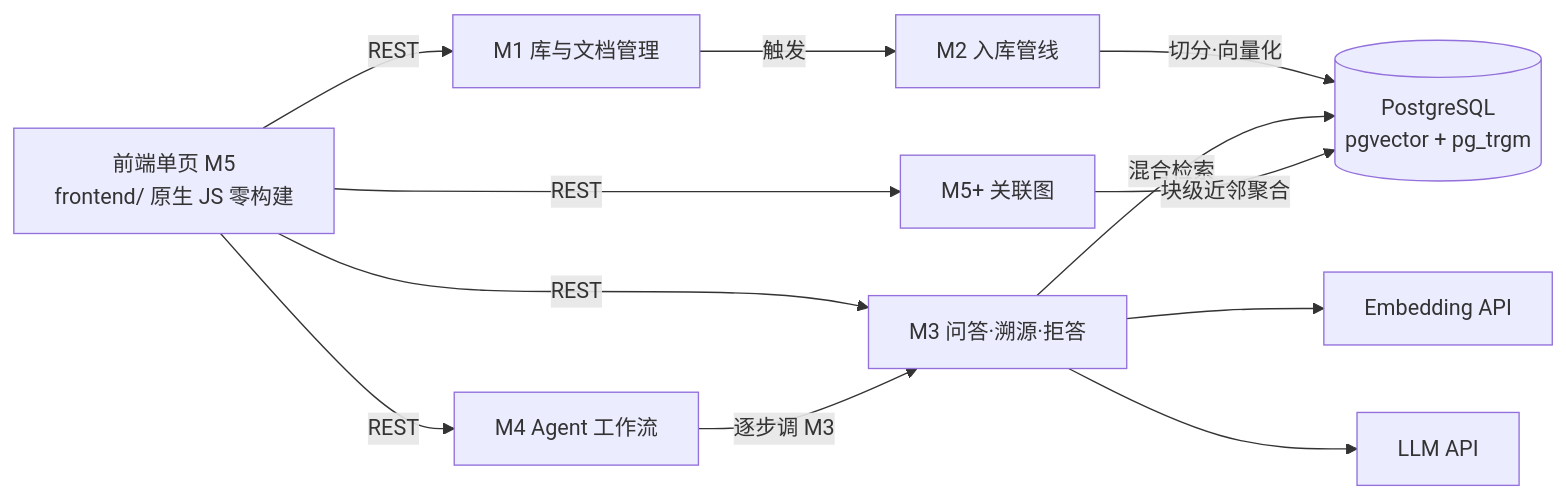
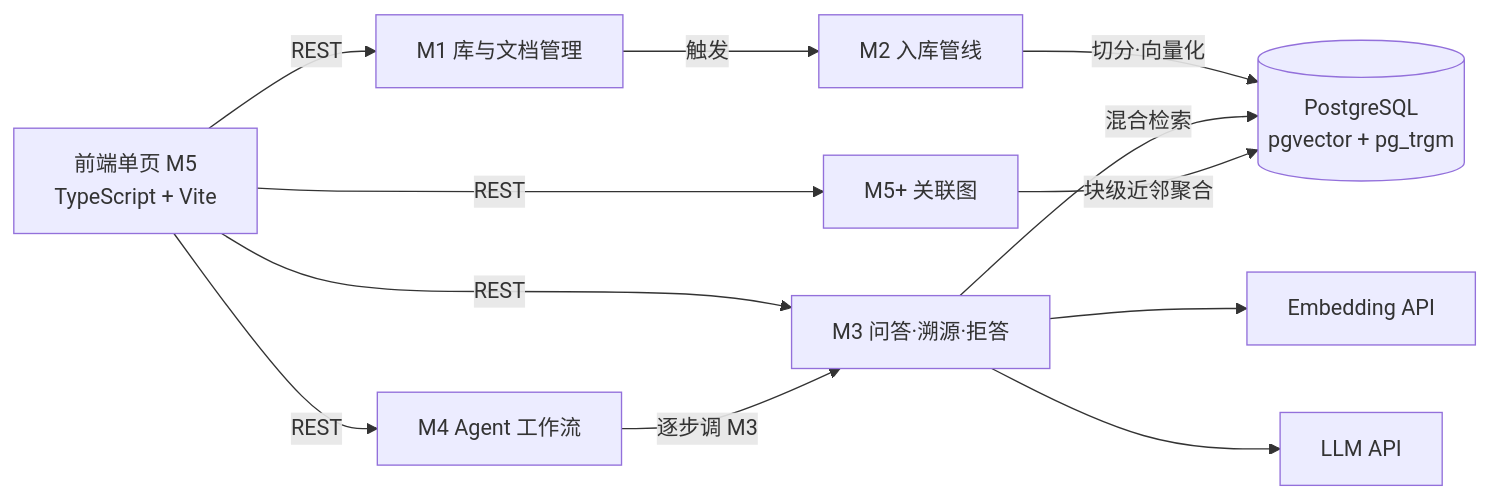
One commit to One-29/personal-knowledge-base changed the second of 2 diagrams in docs/design/00-overview.md. Above: the diagram before and after it, drawn with Mermaid. The commit also changed other lines of this file and 40 other files, not shown here.

Commit message:
feat: migrate frontend to TypeScript modules (#38)

````diff
--- a/docs/design/00-overview.md
+++ b/docs/design/00-overview.md
@@ -78,14 +78,14 @@
 ```mermaid
 flowchart LR
-    FE[前端单页 M5<br/>frontend/ 原生 JS 零构建] -->|REST| M1[M1 库与文档管理]
+    FE[前端单页 M5<br/>TypeScript + Vite] -->|REST| M1[M1 库与文档管理]
     FE -->|REST| M3[M3 问答·溯源·拒答]
     FE -->|REST| M4[M4 Agent 工作流]
     FE -->|REST| G[M5+ 关联图]
     M1 -->|触发| M2[M2 入库管线]
     M2 -->|切分·向量化| PG[(PostgreSQL<br/>pgvector + pg_trgm)]
     M3 -->|混合检索| PG
     M3 --> EMB[Embedding API]
     M3 --> LLM[LLM API]
     M4 -->|逐步调 M3| M3
     G -->|块级近邻聚合| PG
 ```
````
